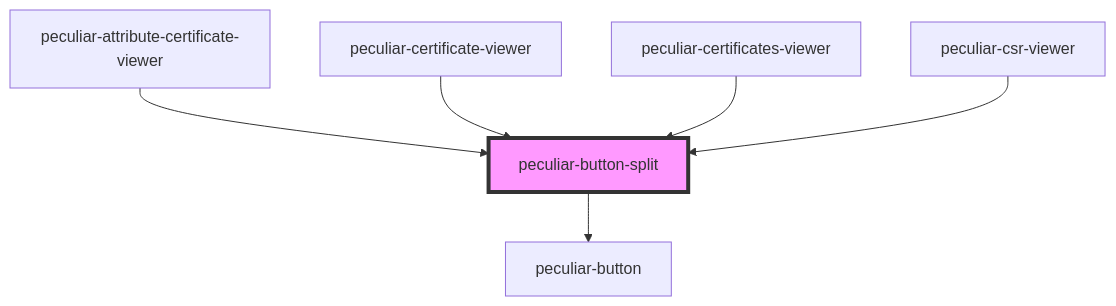
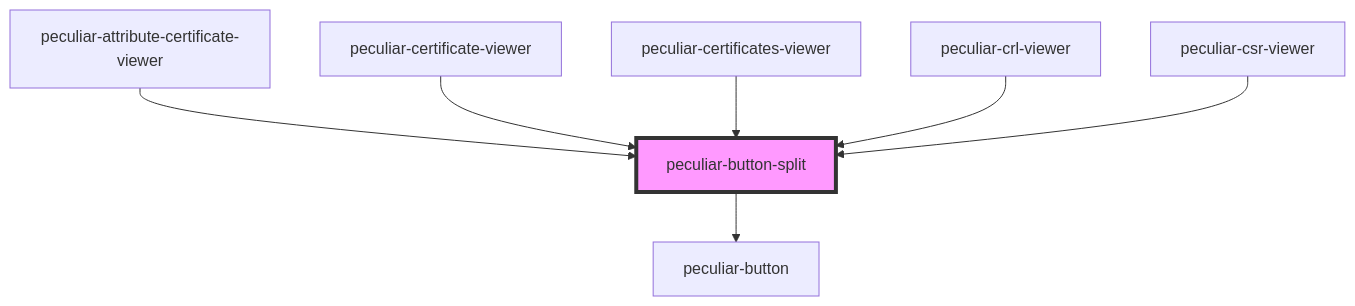
The diagram in packages/webcomponents/src/components/button-split/readme.md (PeculiarVentures/pv-certificates-viewer), drawn with Mermaid before and after one commit. The commit also changed other lines of this file and 5 other files, not shown here.

````diff
--- a/packages/webcomponents/src/components/button-split/readme.md
+++ b/packages/webcomponents/src/components/button-split/readme.md
@@ -31,9 +32,10 @@
 ```mermaid
 graph TD;
   peculiar-button-split --> peculiar-button
   peculiar-attribute-certificate-viewer --> peculiar-button-split
   peculiar-certificate-viewer --> peculiar-button-split
   peculiar-certificates-viewer --> peculiar-button-split
+  peculiar-crl-viewer --> peculiar-button-split
   peculiar-csr-viewer --> peculiar-button-split
   style peculiar-button-split fill:#f9f,stroke:#333,stroke-width:4px
 ```
````
